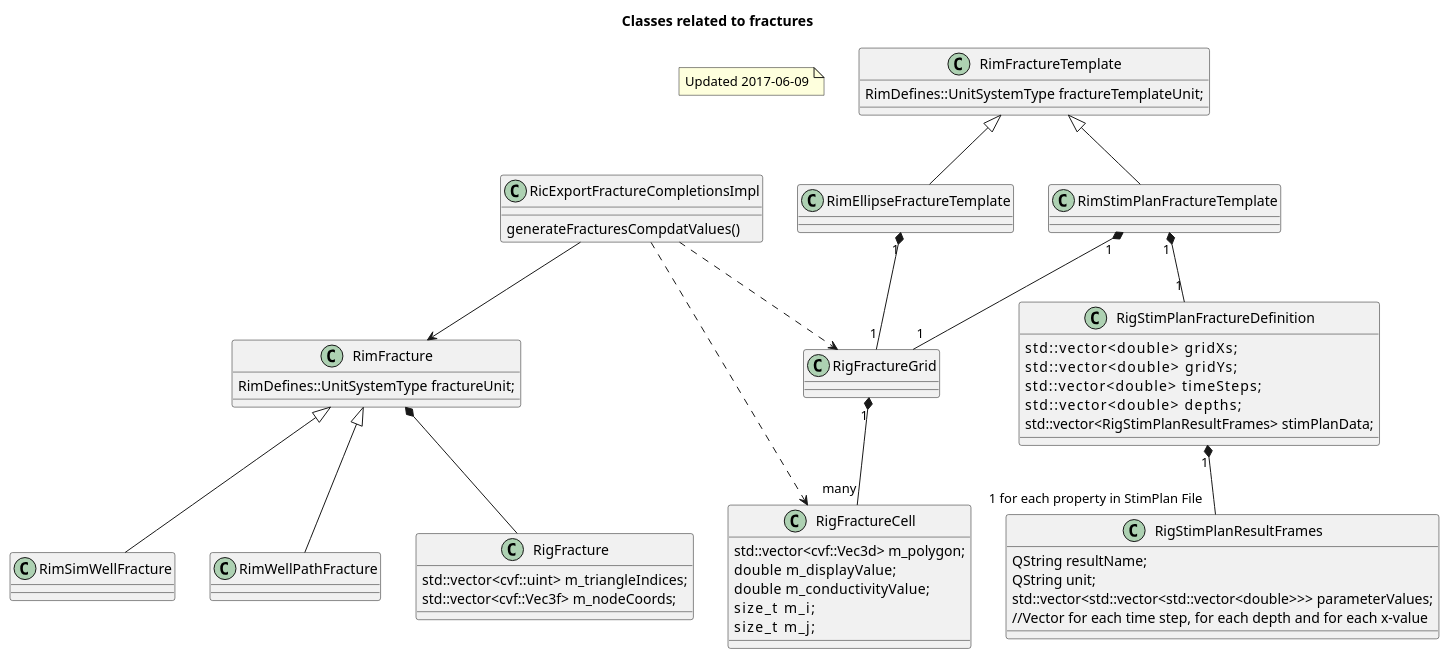
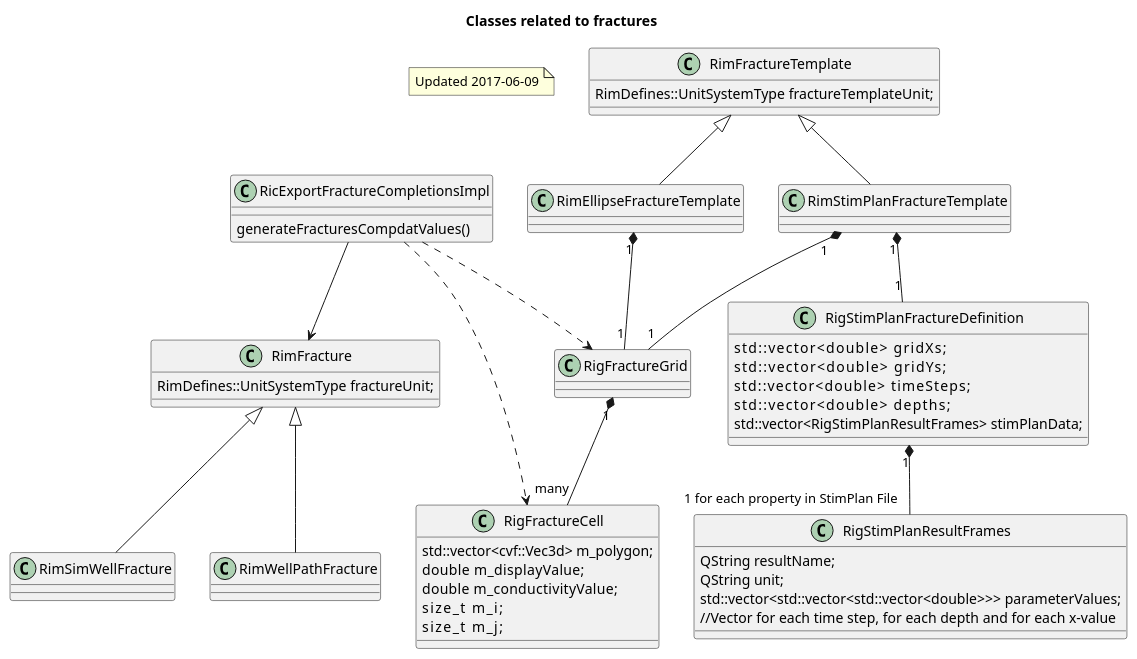
The diagram in doc/fracture_clases.plantuml (OPM/ResInsight), drawn with PlantUML before and after one commit.

Commit message:
#1585 Adjust fracture plantuml file

```diff
--- a/doc/fracture_clases.plantuml
+++ b/doc/fracture_clases.plantuml
@@ -1,95 +1,88 @@
 @startuml
 
 Title Classes related to fractures
 
 note as N1
  Updated 2017-06-09
 end note
 
 class RimFracture {
 RimDefines::UnitSystemType fractureUnit;
 }
 
 class RimSimWellFracture {
 }
 class RimWellPathFracture {
 }
 
 
 RimFracture <|-- RimSimWellFracture
 RimFracture <|-- RimWellPathFracture
 
-class RigFracture{
-    std::vector<cvf::uint>  m_triangleIndices;
-    std::vector<cvf::Vec3f> m_nodeCoords;
-
-}
-
-RimFracture *-- RigFracture
 
 class RimFractureTemplate {
 RimDefines::UnitSystemType fractureTemplateUnit;
 }
 
 class RimEllipseFractureTemplate {
 }
 class RimStimPlanFractureTemplate {
 }
 
 
 RimFractureTemplate <|-- RimEllipseFractureTemplate
 RimFractureTemplate <|-- RimStimPlanFractureTemplate
 
 class RigStimPlanFractureDefinition{
     std::vector<double>          gridXs;
     std::vector<double>          gridYs;
     std::vector<double>          timeSteps;
     std::vector<double>          depths;
     std::vector<RigStimPlanResultFrames> stimPlanData;
 
 }
 
 class RigFractureCell{
     std::vector<cvf::Vec3d> m_polygon;
     double   m_displayValue;
     double   m_conductivityValue;
     size_t     m_i;
     size_t     m_j;
 
 
 }
 
 class RigFractureGrid{
 }
 
 
 RimStimPlanFractureTemplate "1" *-- "1" RigStimPlanFractureDefinition
 RimStimPlanFractureTemplate "1" *-- "1" RigFractureGrid
 RimEllipseFractureTemplate "1" *-- "1" RigFractureGrid
 RigFractureGrid "1" *-- "many" RigFractureCell
 
 class RigStimPlanResultFrames{
     QString resultName;
     QString unit;
     std::vector<std::vector<std::vector<double>>> parameterValues;
     //Vector for each time step, for each depth and for each x-value
 
 }
 
 RigStimPlanFractureDefinition "1" *-- "1 for each property in StimPlan File" RigStimPlanResultFrames
 
 RicExportFractureCompletionsImpl --> RimFracture 
 RicExportFractureCompletionsImpl ..> RigFractureGrid
 RicExportFractureCompletionsImpl ..> RigFractureCell
 
 
 class RicExportFractureCompletionsImpl{
 generateFracturesCompdatValues()
 }
 
 
 
 
 
 
 @enduml
```
